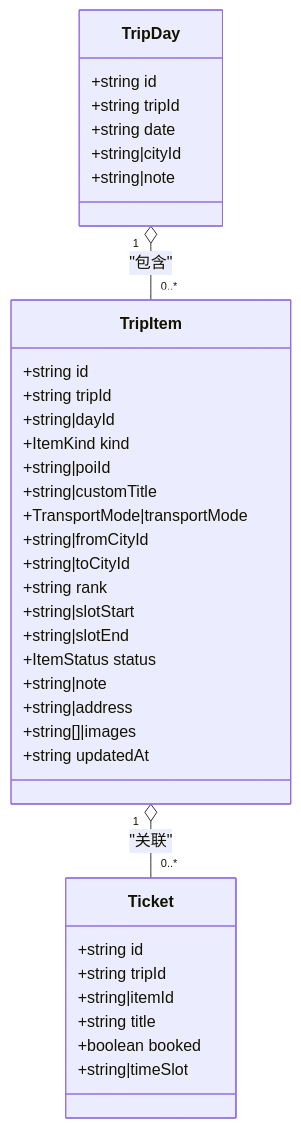
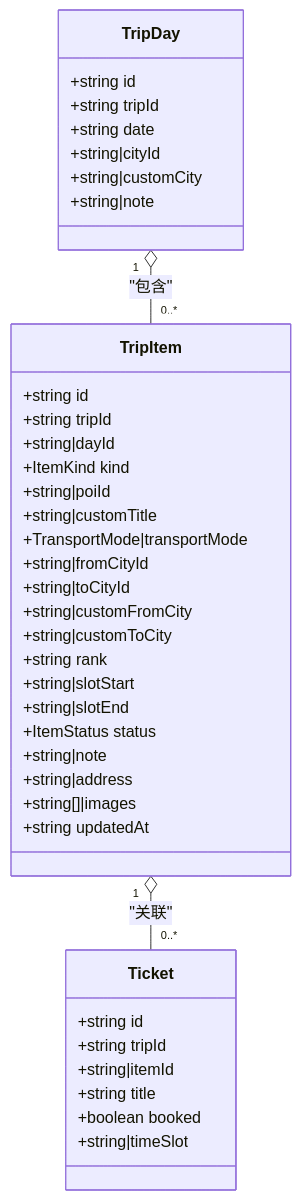
One commit to huangyilu/wanwuyishi changed the fifth of 8 diagrams in .qoder/repowiki/zh/content/核心功能模块/行程管理模块/行程管理模块.md. Above: the diagram before and after it, drawn with Mermaid. The commit also changed other lines of this file and 93 other files, not shown here.

````diff
--- a/.qoder/repowiki/zh/content/核心功能模块/行程管理模块/行程管理模块.md
+++ b/.qoder/repowiki/zh/content/核心功能模块/行程管理模块/行程管理模块.md
@@ -279,39 +344,42 @@
 ```mermaid
 classDiagram
 class TripItem {
 +string id
 +string tripId
 +string|dayId
 +ItemKind kind
 +string|poiId
 +string|customTitle
 +TransportMode|transportMode
 +string|fromCityId
 +string|toCityId
++string|customFromCity
++string|customToCity
 +string rank
 +string|slotStart
 +string|slotEnd
 +ItemStatus status
 +string|note
 +string|address
 +string[]|images
 +string updatedAt
 }
 class TripDay {
 +string id
 +string tripId
 +string date
 +string|cityId
++string|customCity
 +string|note
 }
 class Ticket {
 +string id
 +string tripId
 +string|itemId
 +string title
 +boolean booked
 +string|timeSlot
 }
 TripItem "1" o-- "0..*" Ticket : "关联"
 TripDay "1" o-- "0..*" TripItem : "包含"
 ```
````
